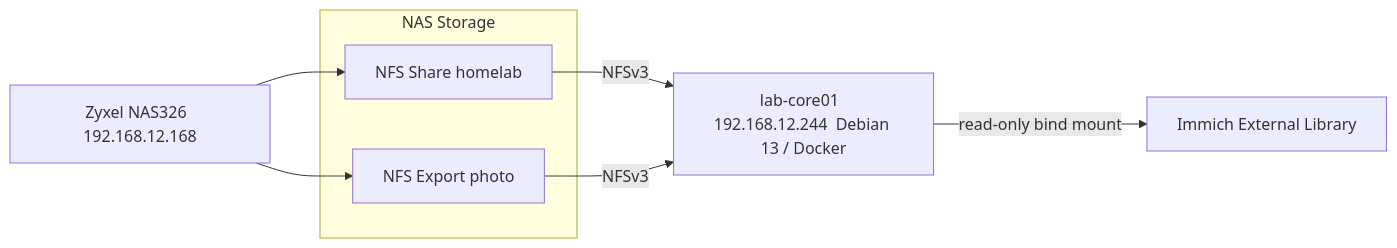
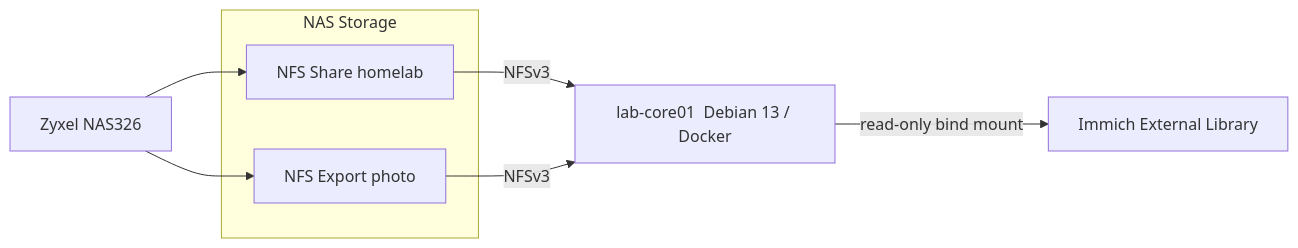
The diagram in storage/nfs.md (Tearstone/tearstone-homelab), drawn with Mermaid before and after one commit. The commit also changed other lines of this file, not shown here.

````diff
--- a/storage/nfs.md
+++ b/storage/nfs.md
@@ -1,18 +1,18 @@
 ```mermaid
 flowchart LR
-    NAS["Zyxel NAS326  192.168.12.168"]
+    NAS["Zyxel NAS326"]
 
     subgraph Storage["NAS Storage"]
         NFS["NFS Share  homelab"]
         PHOTO["NFS Export  photo"]
     end
 
-    CORE["lab-core01  192.168.12.244  Debian 13 / Docker"]
+    CORE["lab-core01  Debian 13 / Docker"]
     IMMICH["Immich External Library"]
 
     NAS --> NFS
     NAS --> PHOTO
     NFS -->|NFSv3| CORE
     PHOTO -->|NFSv3| CORE
     CORE -->|read-only bind mount| IMMICH
 ```
````
